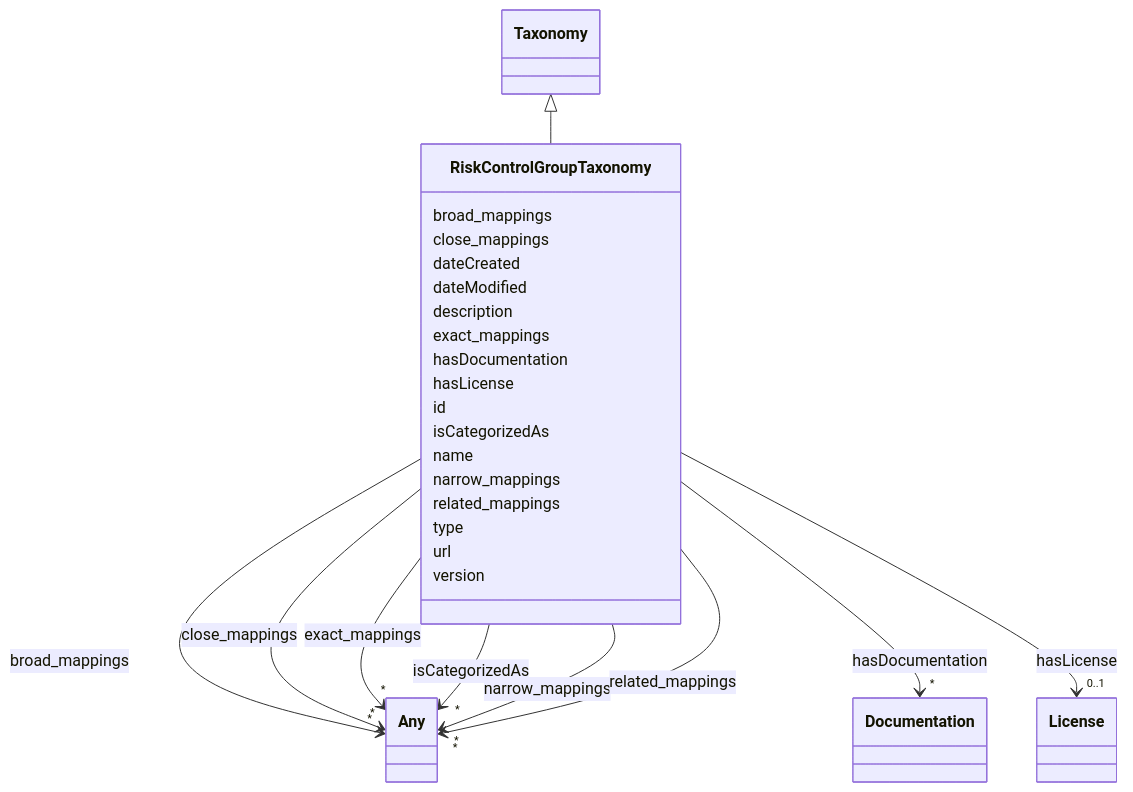
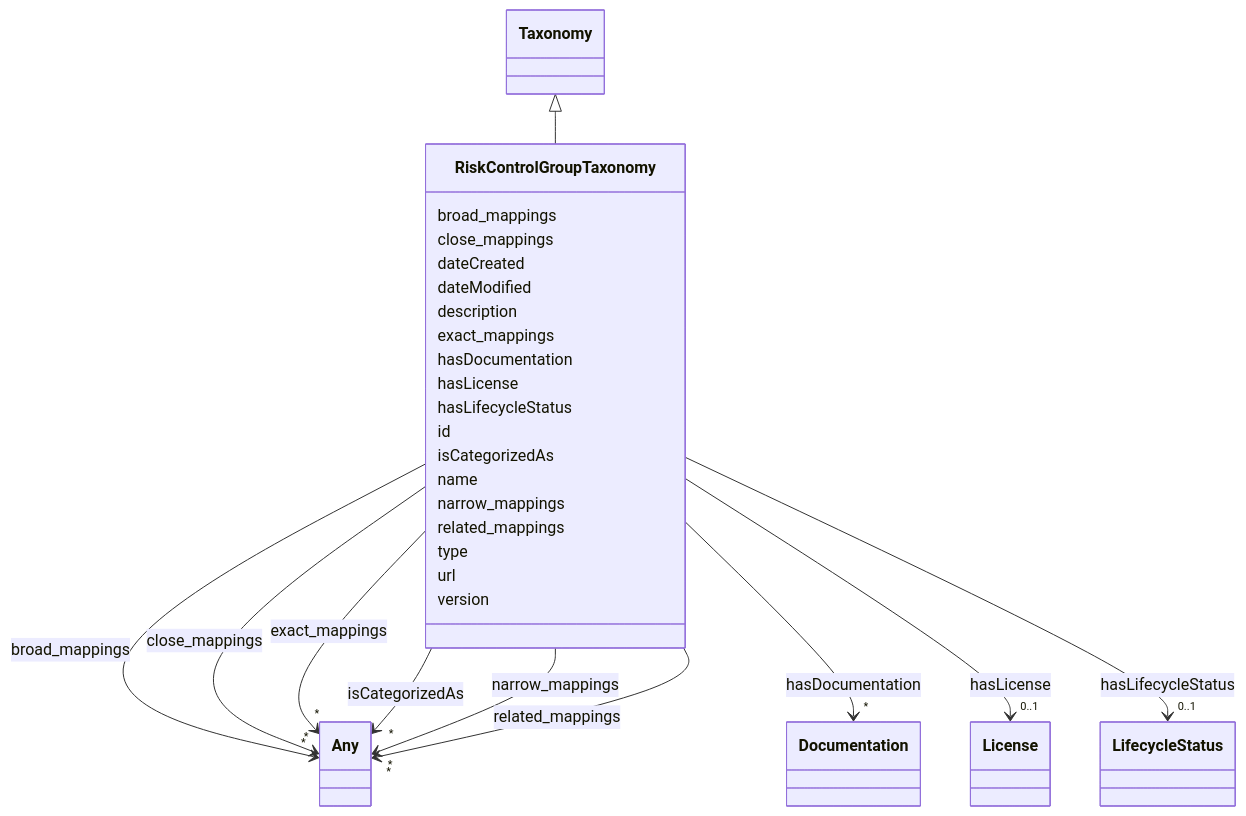
One commit to ingelise/risk-atlas-nexus changed the diagram in docs/ontology/RiskControlGroupTaxonomy.md. Above: the diagram before and after it, drawn with Mermaid. The commit also changed other lines of this file and 206 other files, not shown here.

```diff
--- a/docs/ontology/RiskControlGroupTaxonomy.md
+++ b/docs/ontology/RiskControlGroupTaxonomy.md
@@ -79,6 +79,17 @@
 
 
 
+      RiskControlGroupTaxonomy : hasLifecycleStatus
+
+
+
+
+
+        RiskControlGroupTaxonomy --> "0..1" LifecycleStatus : hasLifecycleStatus
+        click LifecycleStatus href "../LifecycleStatus/"
+
+
+
       RiskControlGroupTaxonomy : id
 
       RiskControlGroupTaxonomy : isCategorizedAs
```
